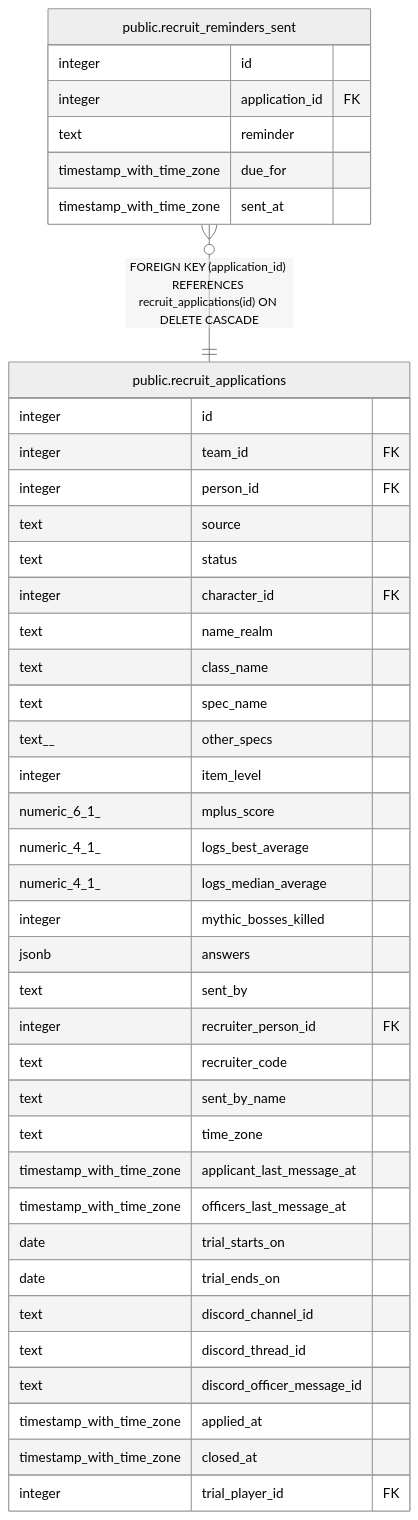
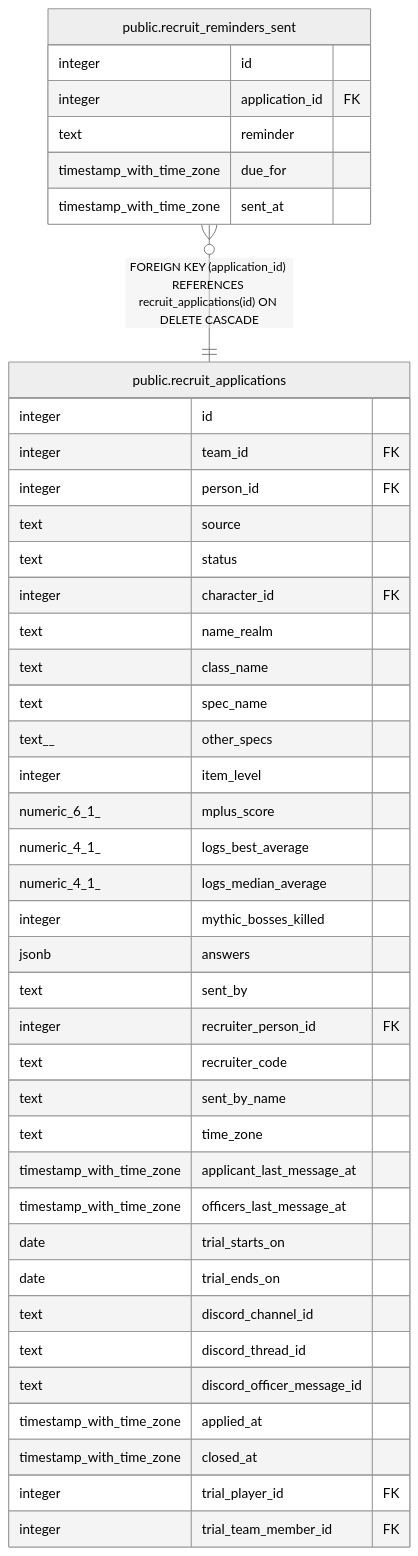
The diagram in dbdoc/public.recruit_reminders_sent.md (katogaming88/WGA-Raid-Hub), drawn with Mermaid (neutral theme) before and after one commit. The commit also changed 21 other files, not shown here.

Commit message:
#1793: fresh-agent review: a character no longer theirs goes on unlinked; Not joining ends only the membership the trial made or brought back (trial_team_member_id); membership found by person; site admin and own-record tests

````diff
--- a/dbdoc/public.recruit_reminders_sent.md
+++ b/dbdoc/public.recruit_reminders_sent.md
@@ -35,46 +35,47 @@
 ```mermaid
 erDiagram
 
 "public.recruit_reminders_sent" }o--|| "public.recruit_applications" : "FOREIGN KEY (application_id) REFERENCES recruit_applications(id) ON DELETE CASCADE"
 
 "public.recruit_reminders_sent" {
   integer id
   integer application_id FK
   text reminder
   timestamp_with_time_zone due_for
   timestamp_with_time_zone sent_at
 }
 "public.recruit_applications" {
   integer id
   integer team_id FK
   integer person_id FK
   text source
   text status
   integer character_id FK
   text name_realm
   text class_name
   text spec_name
   text__ other_specs
   integer item_level
   numeric_6_1_ mplus_score
   numeric_4_1_ logs_best_average
   numeric_4_1_ logs_median_average
   integer mythic_bosses_killed
   jsonb answers
   text sent_by
   integer recruiter_person_id FK
   text recruiter_code
   text sent_by_name
   text time_zone
   timestamp_with_time_zone applicant_last_message_at
   timestamp_with_time_zone officers_last_message_at
   date trial_starts_on
   date trial_ends_on
   text discord_channel_id
   text discord_thread_id
   text discord_officer_message_id
   timestamp_with_time_zone applied_at
   timestamp_with_time_zone closed_at
   integer trial_player_id FK
+  integer trial_team_member_id FK
 }
 ```
````
